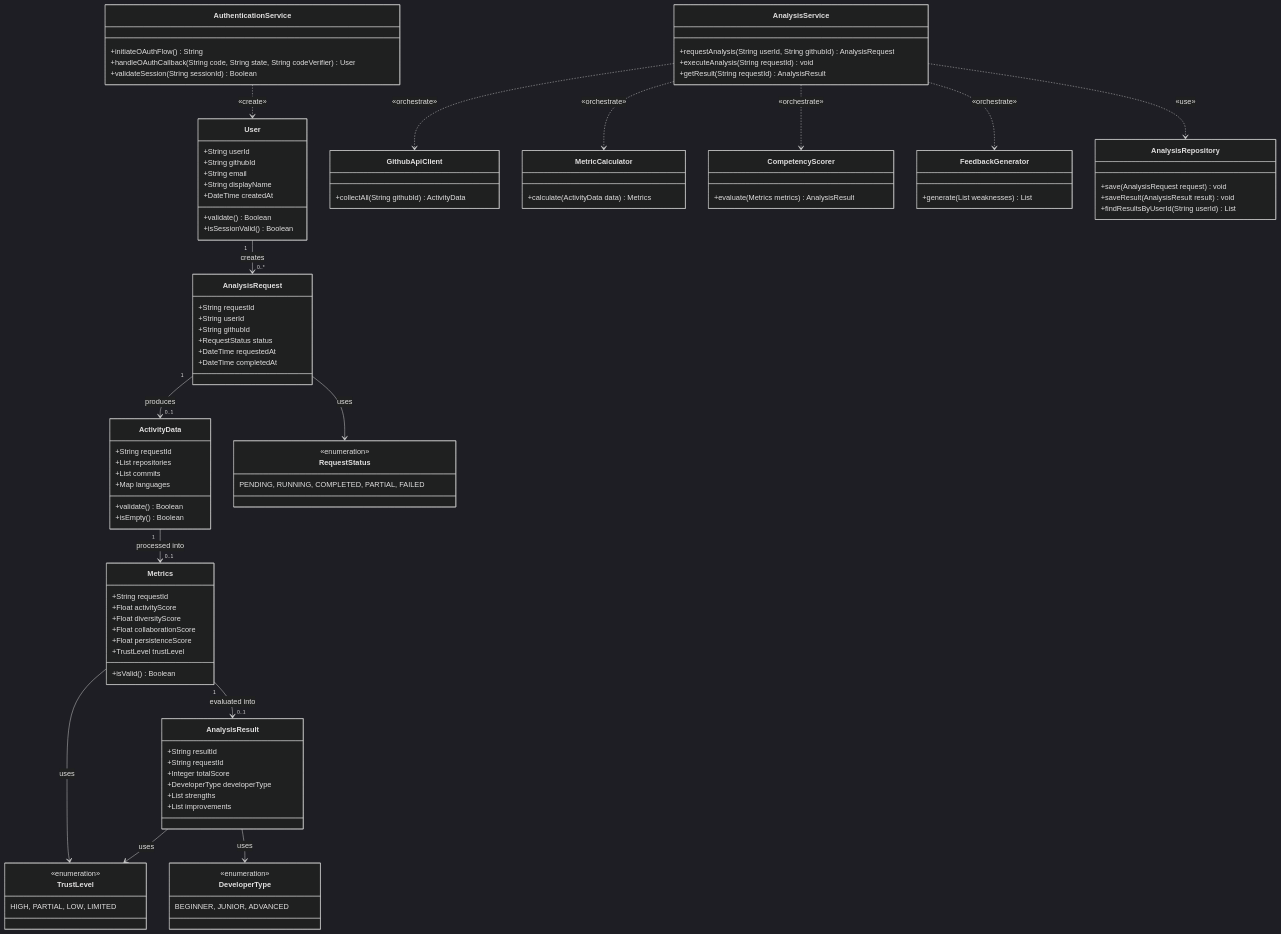
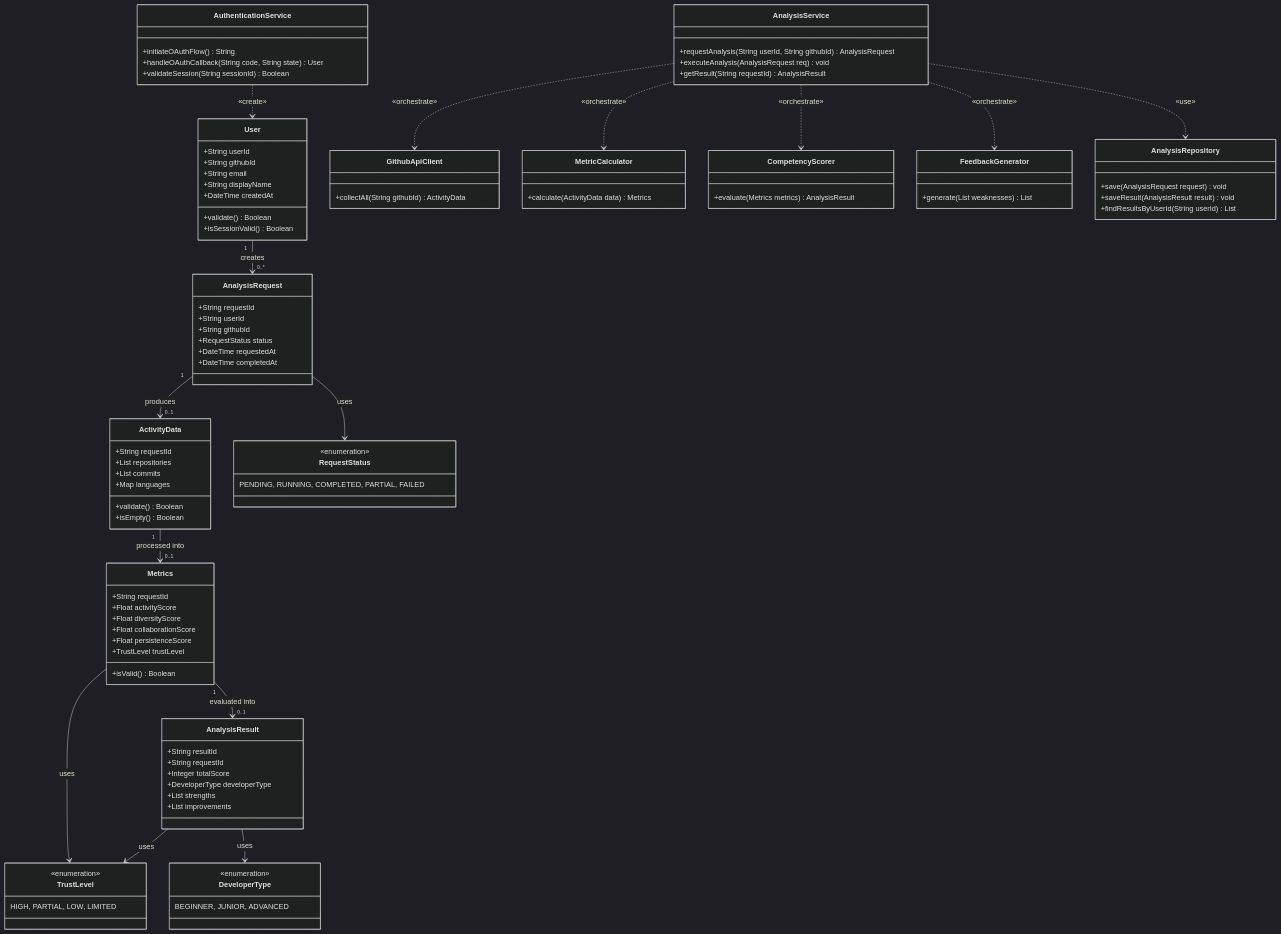
Before and after one commit to NotHyoone/OSS_Design: the tenth of 15 diagrams in Design_[22212046_안효원].md, drawn with Mermaid (dark theme). The commit also changed other lines of this file and 5 other files, not shown here.

```diff
--- a/Design_[22212046_안효원].md
+++ b/Design_[22212046_안효원].md
@@ -678,7 +663,7 @@
 
     class AuthenticationService {
         +initiateOAuthFlow() String
-        +handleOAuthCallback(String code, String state, String codeVerifier) User
+        +handleOAuthCallback(String code, String state) User
         +validateSession(String sessionId) Boolean
     }
 
@@ -739,7 +724,7 @@
 
     class AnalysisService {
         +requestAnalysis(String userId, String githubId) AnalysisRequest
-        +executeAnalysis(String requestId) void
+        +executeAnalysis(AnalysisRequest req) void
         +getResult(String requestId) AnalysisResult
     }
 
```
